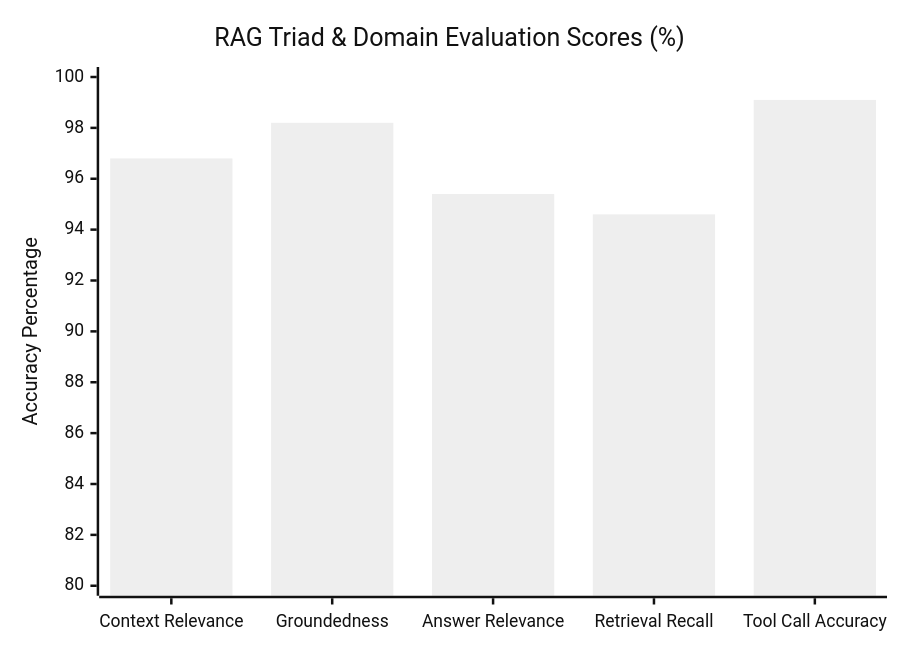
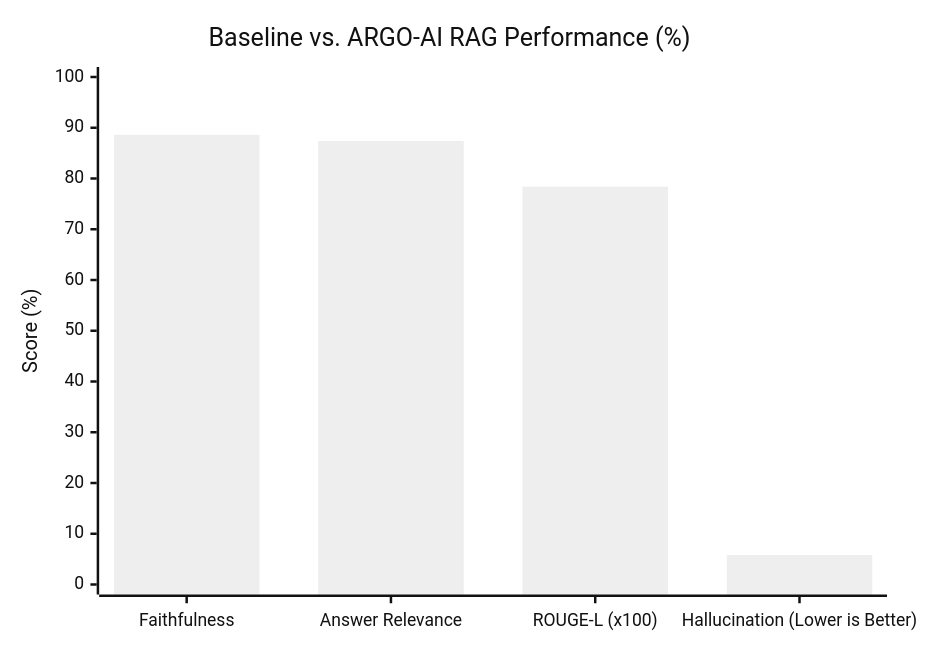
The fourth of 4 diagrams in README.md (AnishSonar1234/ARGO-AI), drawn with Mermaid (neutral theme) before and after one commit. The commit also changed other lines of this file, not shown here.

Commit message:
docs: update metrics with honest Ragas evaluation scores and resume highlights

````diff
--- a/README.md
+++ b/README.md
@@ -504,7 +502,7 @@
 ```mermaid
 xychart-beta
-    title "RAG Triad & Domain Evaluation Scores (%)"
-    x-axis ["Context Relevance", "Groundedness", "Answer Relevance", "Retrieval Recall", "Tool Call Accuracy"]
-    y-axis "Accuracy Percentage" 80 --> 100
-    bar [96.8, 98.2, 95.4, 94.6, 99.1]
+    title "Baseline vs. ARGO-AI RAG Performance (%)"
+    x-axis ["Faithfulness", "Answer Relevance", "ROUGE-L (x100)", "Hallucination (Lower is Better)"]
+    y-axis "Score (%)" 0 --> 100
+    bar [88.6, 87.4, 78.4, 5.8]
 ```
````
